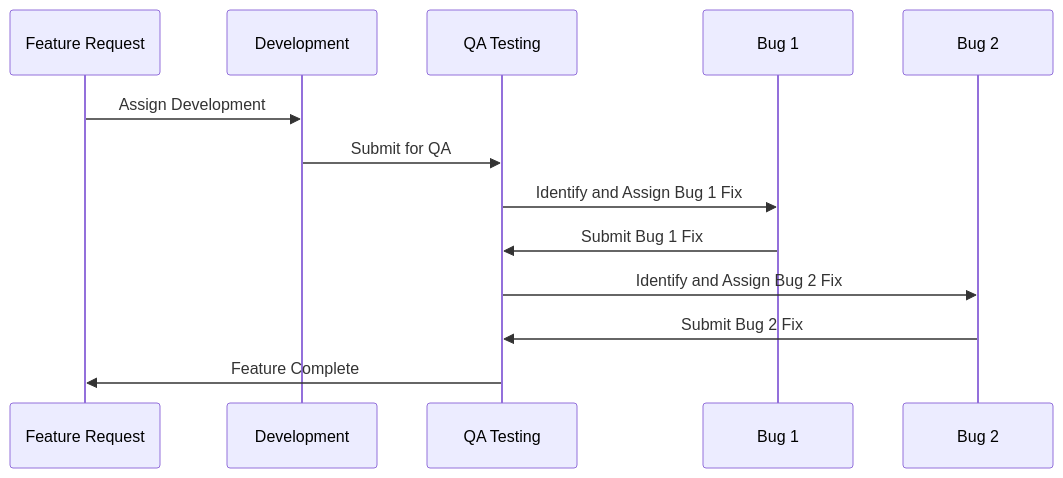
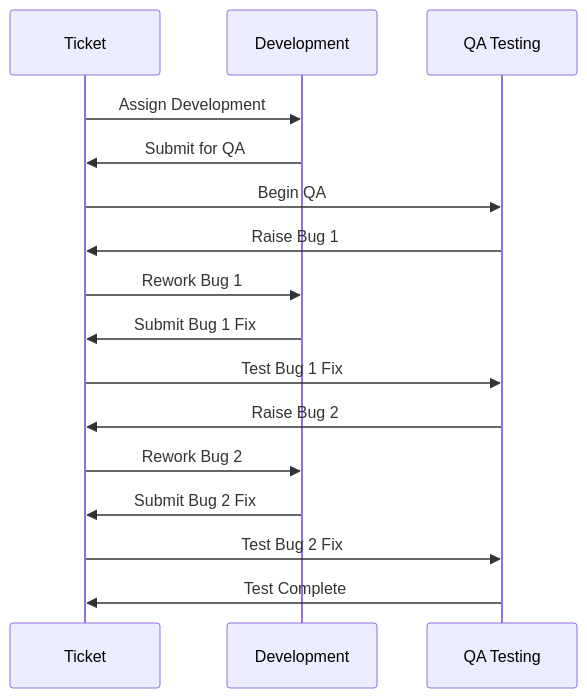
One commit to NyanHelsing/nyanhelsing.github.io changed the first of 7 diagrams in workflow.md. Above: the diagram before and after it, drawn with Mermaid. The commit also changed other lines of this file, not shown here.

````diff
--- a/workflow.md
+++ b/workflow.md
@@ -15,16 +15,19 @@
 ```mermaid
 sequenceDiagram
-    participant FR as Feature Request
+    participant T as Ticket
     participant Dev as Development
     participant QA as QA Testing
-    participant B1 as Bug 1
-    participant B2 as Bug 2
-
-    FR->>Dev: Assign Development
-    Dev->>QA: Submit for QA
-    QA->>B1: Identify and Assign Bug 1 Fix
-    B1->>QA: Submit Bug 1 Fix
-    QA->>B2: Identify and Assign Bug 2 Fix
-    B2->>QA: Submit Bug 2 Fix
-    QA->>FR: Feature Complete
+    
+    T->>Dev: Assign Development
+    Dev->>T: Submit for QA
+    T->>QA: Begin QA
+    QA->>T: Raise Bug 1
+    T->>Dev: Rework Bug 1
+    Dev->>T: Submit Bug 1 Fix
+    T->>QA: Test Bug 1 Fix
+    QA->>T: Raise Bug 2
+    T->>Dev: Rework Bug 2
+    Dev->>T: Submit Bug 2 Fix
+    T->>QA: Test Bug 2 Fix
+    QA->>T: Test Complete
 ```
````
